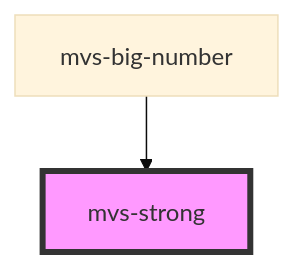
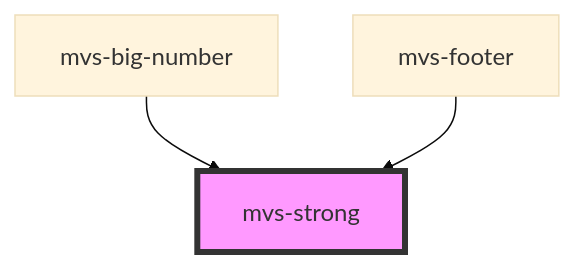
Before and after one commit to rafaela-vairo/mvs-design-system: the diagram in src/components/typography/mvs-strong/readme.md, drawn with Mermaid (base theme). The commit also changed other lines of this file and 29 other files, not shown here.

````diff
--- a/src/components/typography/mvs-strong/readme.md
+++ b/src/components/typography/mvs-strong/readme.md
@@ -15,5 +16,6 @@
 ```mermaid
 graph TD;
   mvs-big-number --> mvs-strong
+  mvs-footer --> mvs-strong
   style mvs-strong fill:#f9f,stroke:#333,stroke-width:4px
 ```
````
